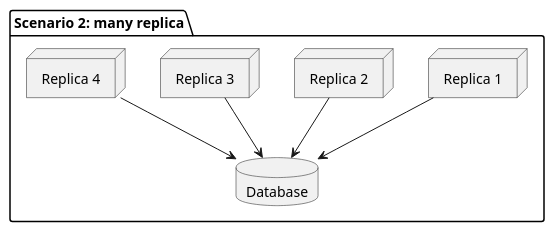
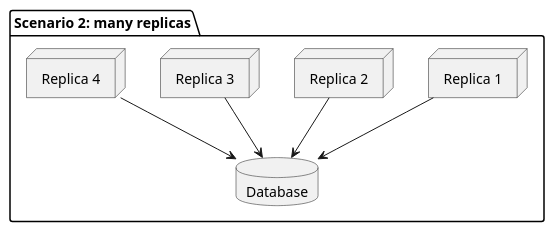
The tenth of 12 diagrams in 2024-06-28-practical-checklist-for-distributed-systems.org (andykuszyk/andykuszyk.github.io), drawn with PlantUML before and after one commit. The commit also changed other lines of this file and 1 other file, not shown here.

```diff
--- a/2024-06-28-practical-checklist-for-distributed-systems.org
+++ b/2024-06-28-practical-checklist-for-distributed-systems.org
@@ -259,13 +262,13 @@
 #+begin_src plantuml :file distributed-systems-scalability-scenario-2.png
-package "Scenario 2: many replica" as scen1 {
+package "Scenario 2: many replicas" as scen1 {
 	node "Replica 1" as rep1
 	node "Replica 2" as rep2
 	node "Replica 3" as rep3
 	node "Replica 4" as rep4
 	database "Database" as db
 }
 rep1 --> db
 rep2 --> db
 rep3 --> db
 rep4 --> db
 #+end_src
```
